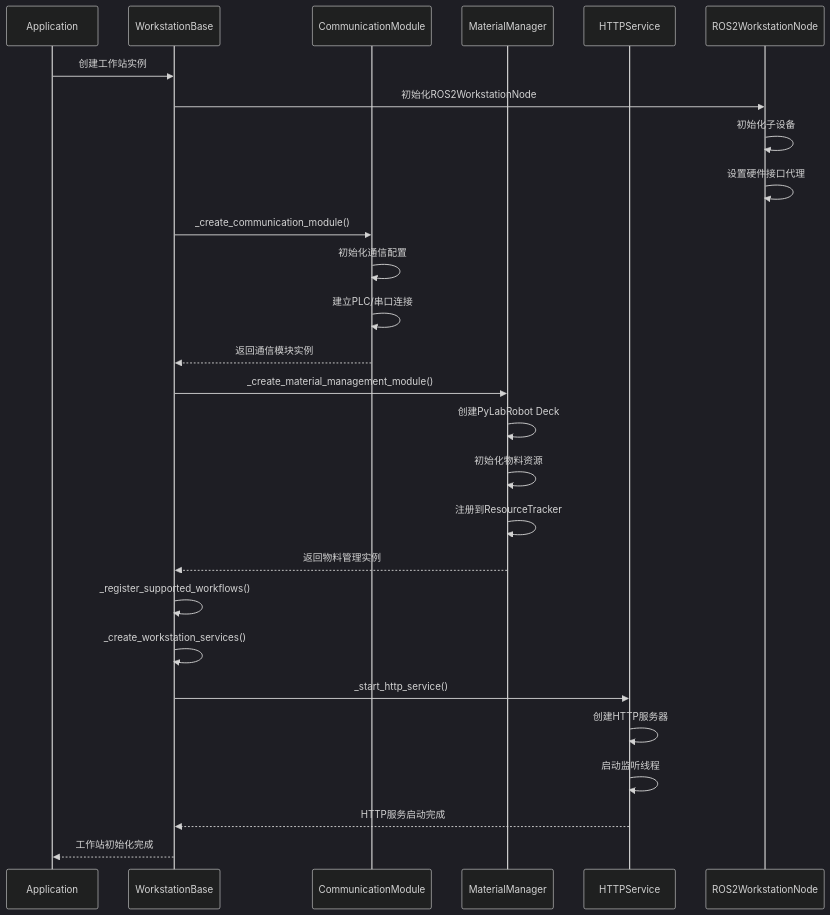
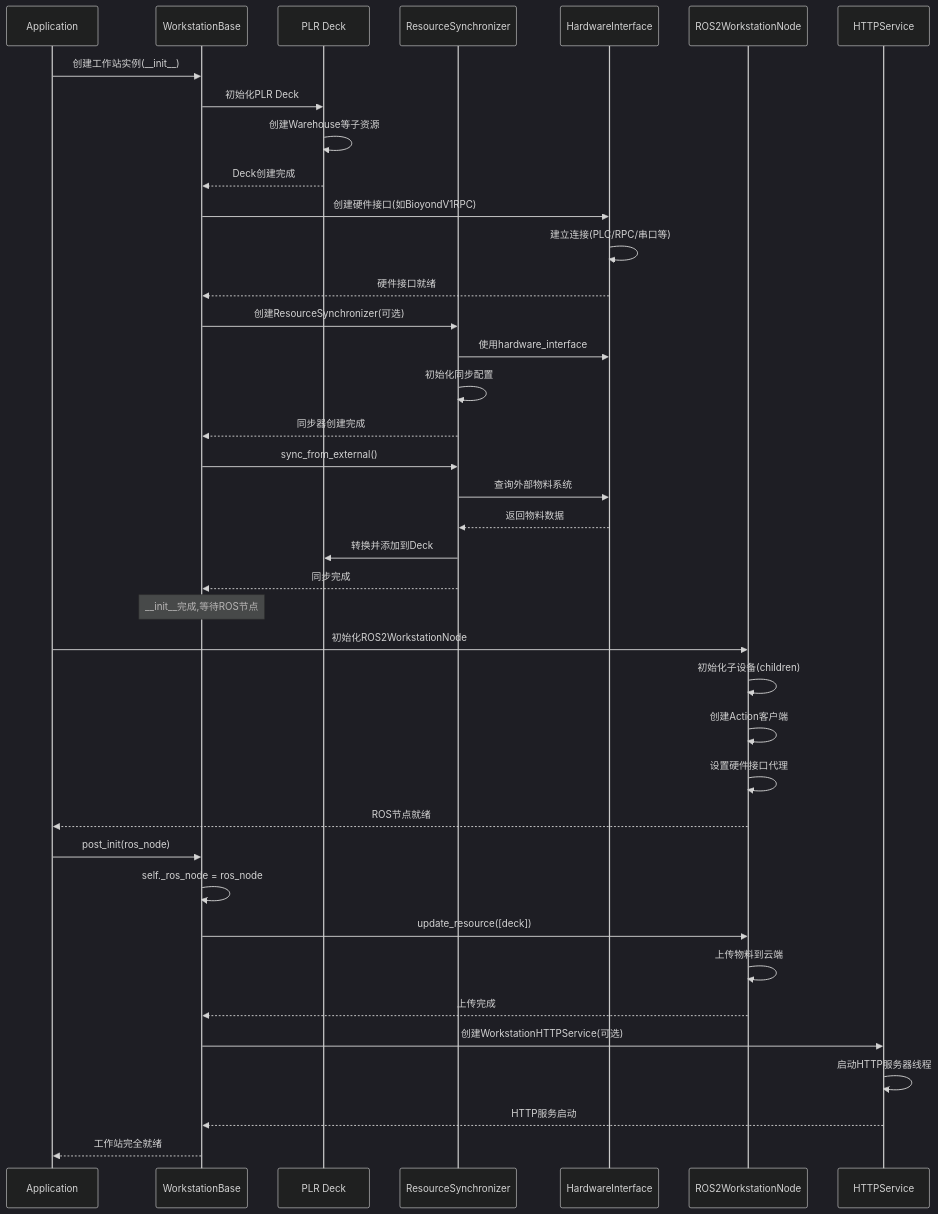
Before and after one commit to dptech-corp/Uni-Lab-OS: the fifth of 8 diagrams in docs/developer_guide/workstation_architecture.md, drawn with Mermaid (dark theme). The commit also changed other lines of this file and 23 other files, not shown here.

````diff
--- a/docs/developer_guide/workstation_architecture.md
+++ b/docs/developer_guide/workstation_architecture.md
@@ -151,34 +306,50 @@
-```mermaid
+```{mermaid}
 sequenceDiagram
     participant APP as Application
     participant WS as WorkstationBase
-    participant COMM as CommunicationModule
-    participant MAT as MaterialManager
+    participant DECK as PLR Deck
+    participant SYNC as ResourceSynchronizer
+    participant HW as HardwareInterface
+    participant ROS as ROS2WorkstationNode
     participant HTTP as HTTPService
-    participant ROS as ROS2WorkstationNode
-    
-    APP->>WS: 创建工作站实例
-    WS->>ROS: 初始化ROS2WorkstationNode
-    ROS->>ROS: 初始化子设备
+  
+    APP->>WS: 创建工作站实例(__init__)
+    WS->>DECK: 初始化PLR Deck
+    DECK->>DECK: 创建Warehouse等子资源
+    DECK-->>WS: Deck创建完成
+  
+    WS->>HW: 创建硬件接口(如BioyondV1RPC)
+    HW->>HW: 建立连接(PLC/RPC/串口等)
+    HW-->>WS: 硬件接口就绪
+  
+    WS->>SYNC: 创建ResourceSynchronizer(可选)
+    SYNC->>HW: 使用hardware_interface
+    SYNC->>SYNC: 初始化同步配置
+    SYNC-->>WS: 同步器创建完成
+  
+    WS->>SYNC: sync_from_external()
+    SYNC->>HW: 查询外部物料系统
+    HW-->>SYNC: 返回物料数据
+    SYNC->>DECK: 转换并添加到Deck
+    SYNC-->>WS: 同步完成
+  
+    Note over WS: __init__完成,等待ROS节点
+  
+    APP->>ROS: 初始化ROS2WorkstationNode
+    ROS->>ROS: 初始化子设备(children)
+    ROS->>ROS: 创建Action客户端
     ROS->>ROS: 设置硬件接口代理
-    
-    WS->>COMM: _create_communication_module()
-    COMM->>COMM: 初始化通信配置
-    COMM->>COMM: 建立PLC/串口连接
-    COMM-->>WS: 返回通信模块实例
-    
-    WS->>MAT: _create_material_management_module()
-    MAT->>MAT: 创建PyLabRobot Deck
-    MAT->>MAT: 初始化物料资源
-    MAT->>MAT: 注册到ResourceTracker
-    MAT-->>WS: 返回物料管理实例
-    
-    WS->>WS: _register_supported_workflows()
-    WS->>WS: _create_workstation_services()
-    WS->>HTTP: _start_http_service()
-    HTTP->>HTTP: 创建HTTP服务器
-    HTTP->>HTTP: 启动监听线程
-    HTTP-->>WS: HTTP服务启动完成
-    
-    WS-->>APP: 工作站初始化完成
+    ROS-->>APP: ROS节点就绪
+  
+    APP->>WS: post_init(ros_node)
+    WS->>WS: self._ros_node = ros_node
+    WS->>ROS: update_resource([deck])
+    ROS->>ROS: 上传物料到云端
+    ROS-->>WS: 上传完成
+  
+    WS->>HTTP: 创建WorkstationHTTPService(可选)
+    HTTP->>HTTP: 启动HTTP服务器线程
+    HTTP-->>WS: HTTP服务启动
+  
+    WS-->>APP: 工作站完全就绪
 ```
````
